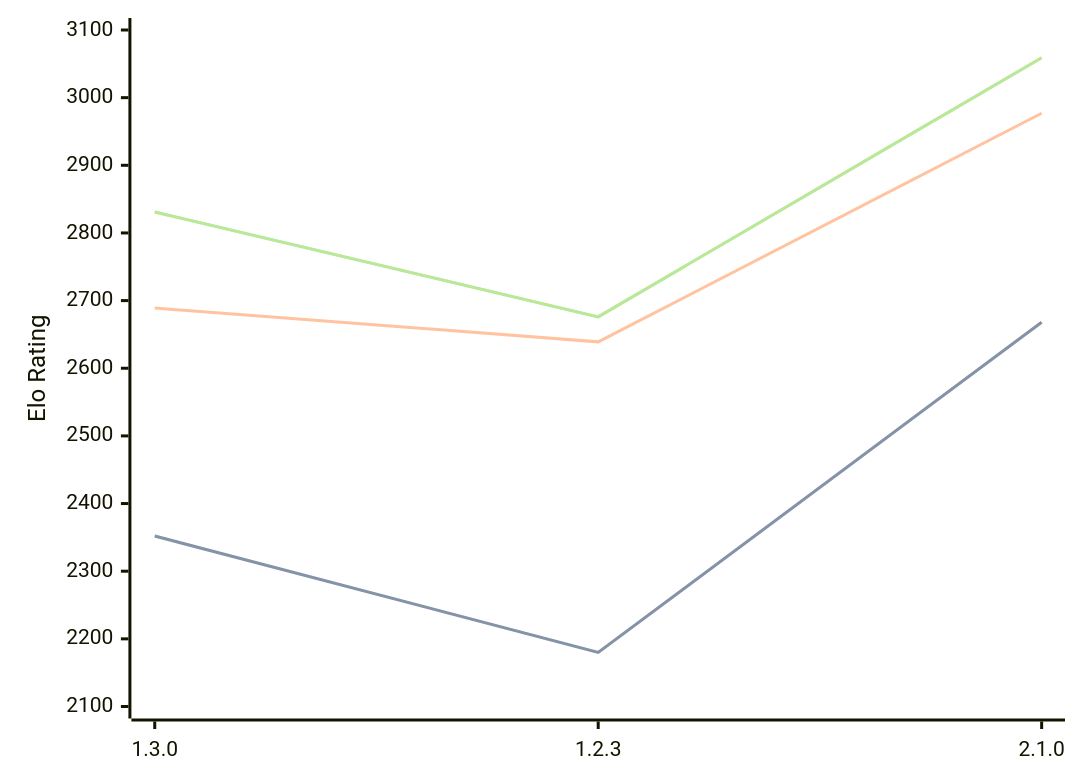
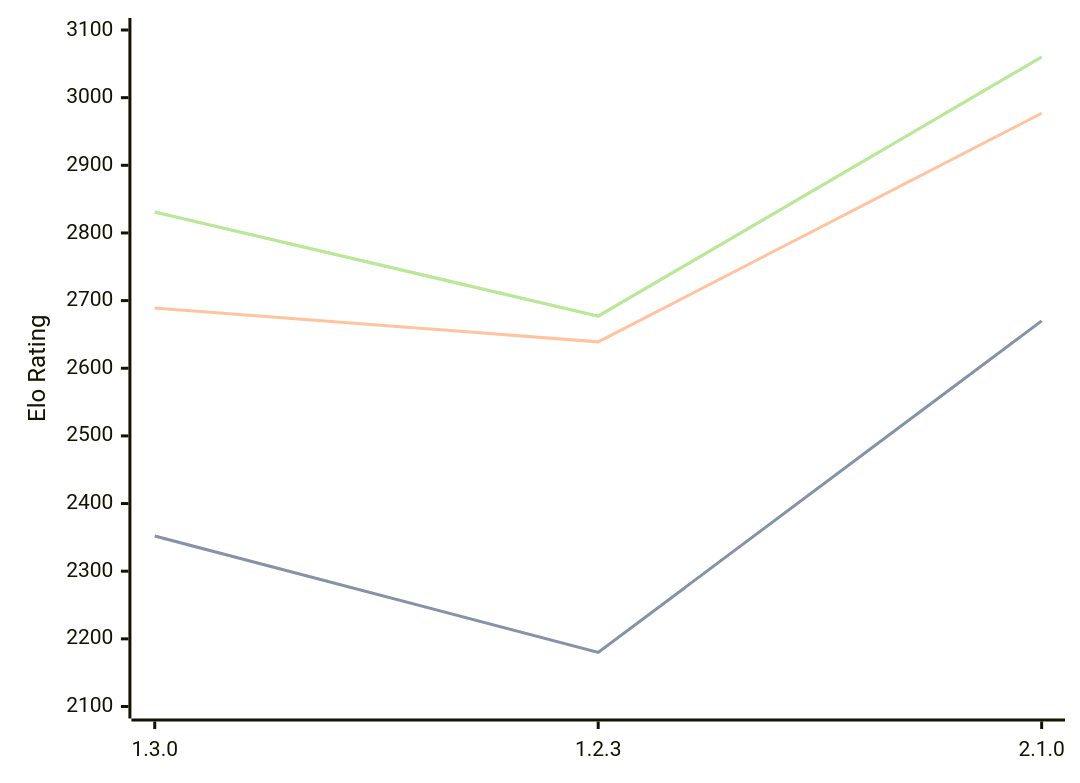
Before and after one commit to computer-chess-index/cci: the first of 3 diagrams in engines/Aspen.md, drawn with Mermaid. The commit also changed other lines of this file, not shown here.

Commit message:
Update CCI Ratings (ELO VLTC) - 2026-06-20

````diff
--- a/engines/Aspen.md
+++ b/engines/Aspen.md
@@ -43,11 +43,11 @@
 ```mermaid
 %%{init: {"theme":"base","themeVariables":{"seriesColors:['#a3a3a3','#222221','#faa371']}}}%%
 xychart-beta
   x-axis ["1.3.0", "1.2.3", "2.1.0"]
   y-axis "Elo Rating" 2100 --> 3100
-  line "STC (8.0+0.08s)" [2352, 2180, 2668]
-  line "STC (8.0+0.08s)" [2352, 2180, 2668]
+  line "STC (8.0+0.08s)" [2352, 2180, 2670]
+  line "STC (8.0+0.08s)" [2352, 2180, 2670]
   line "LTC (60.0+0.60s)" [2689, 2639, 2977]
-  line "VLTC (2m24s+1.12s)" [2831, 2676, 3059]
-  line "VLTC (2m24s+1.12s)" [2831, 2676, 3059]
+  line "VLTC (2m24s+1.12s)" [2831, 2677, 3060]
+  line "VLTC (2m24s+1.12s)" [2831, 2677, 3060]
 ```
````
